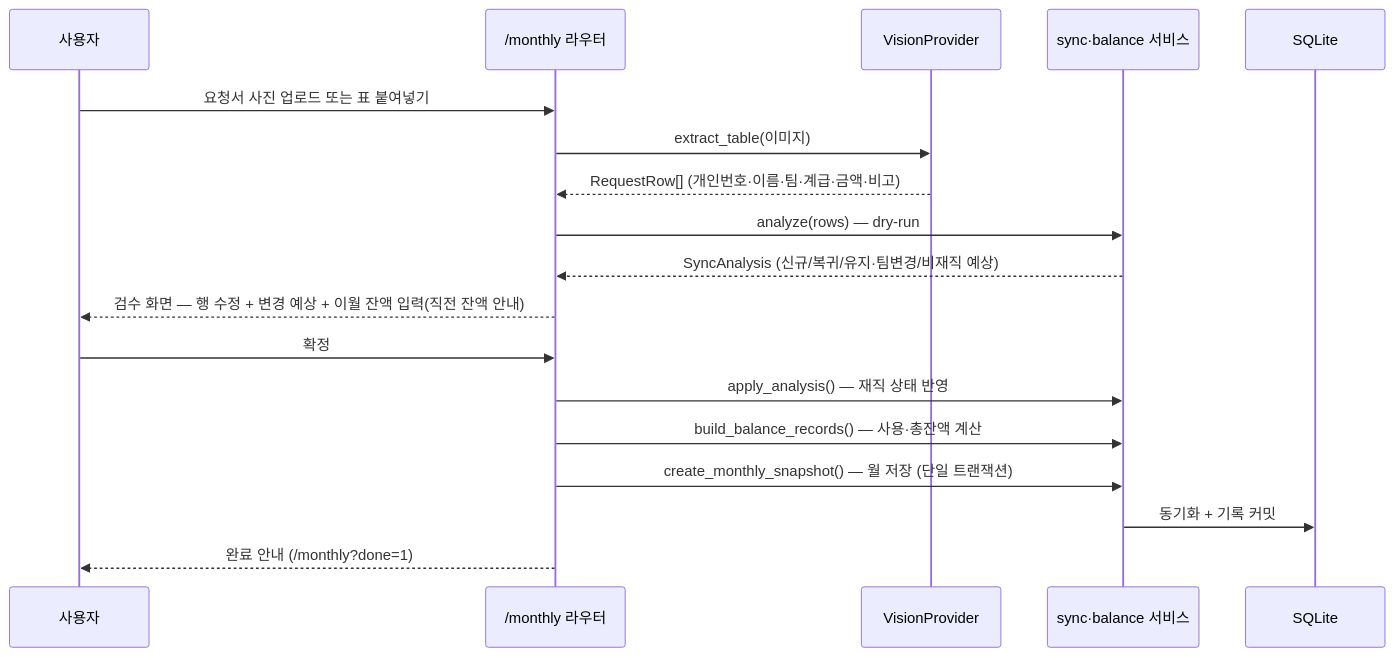
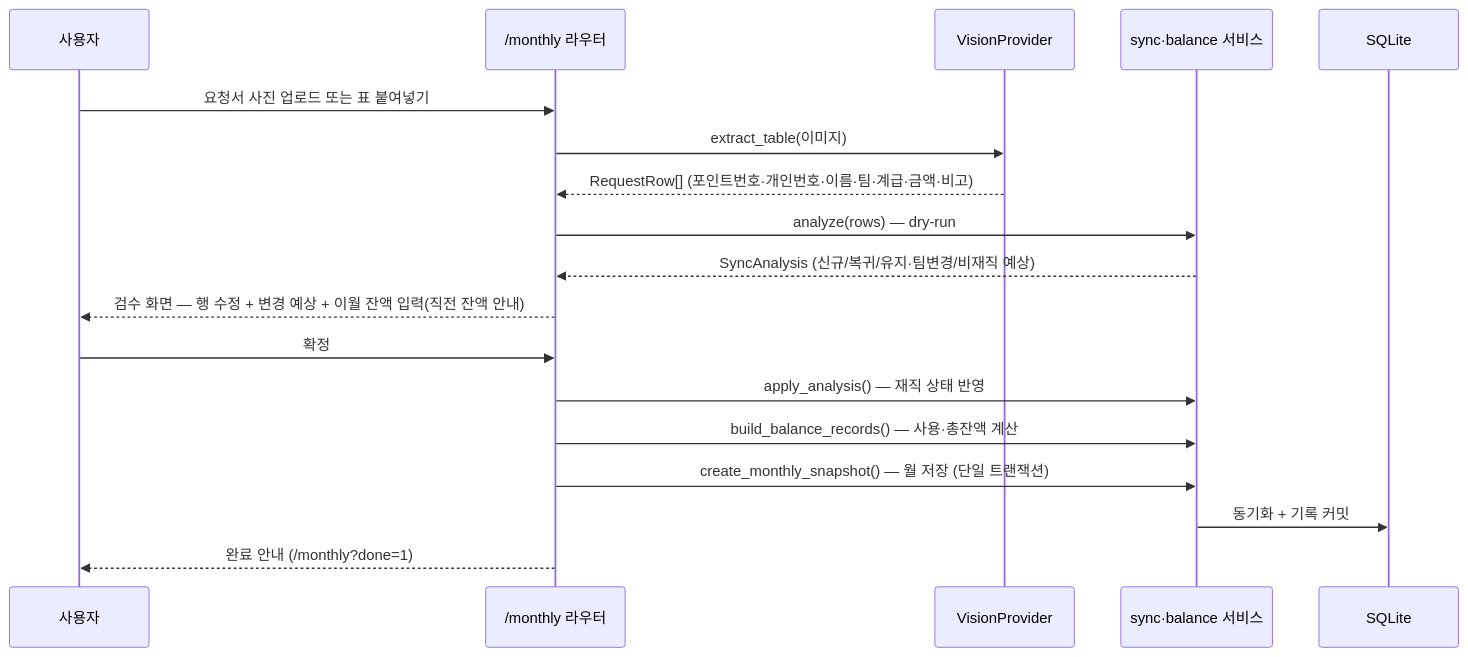
Before and after one commit to jihoon22-lee/PointBook: the fifth of 9 diagrams in docs/architecture.md, drawn with Mermaid. The commit also changed other lines of this file and 53 other files, not shown here.

````diff
--- a/docs/architecture.md
+++ b/docs/architecture.md
@@ -183,20 +190,20 @@
 ```mermaid
 sequenceDiagram
     participant U as 사용자
     participant M as /monthly 라우터
     participant AI as VisionProvider
     participant S as sync·balance 서비스
     participant DB as SQLite
     U->>M: 요청서 사진 업로드 또는 표 붙여넣기
     M->>AI: extract_table(이미지)
-    AI-->>M: RequestRow[] (개인번호·이름·팀·계급·금액·비고)
+    AI-->>M: RequestRow[] (포인트번호·개인번호·이름·팀·계급·금액·비고)
     M->>S: analyze(rows) — dry-run
     S-->>M: SyncAnalysis (신규/복귀/유지·팀변경/비재직 예상)
     M-->>U: 검수 화면 — 행 수정 + 변경 예상 + 이월 잔액 입력(직전 잔액 안내)
     U->>M: 확정
     M->>S: apply_analysis() — 재직 상태 반영
     M->>S: build_balance_records() — 사용·총잔액 계산
     M->>S: create_monthly_snapshot() — 월 저장 (단일 트랜잭션)
     S->>DB: 동기화 + 기록 커밋
     M-->>U: 완료 안내 (/monthly?done=1)
 ```
````
